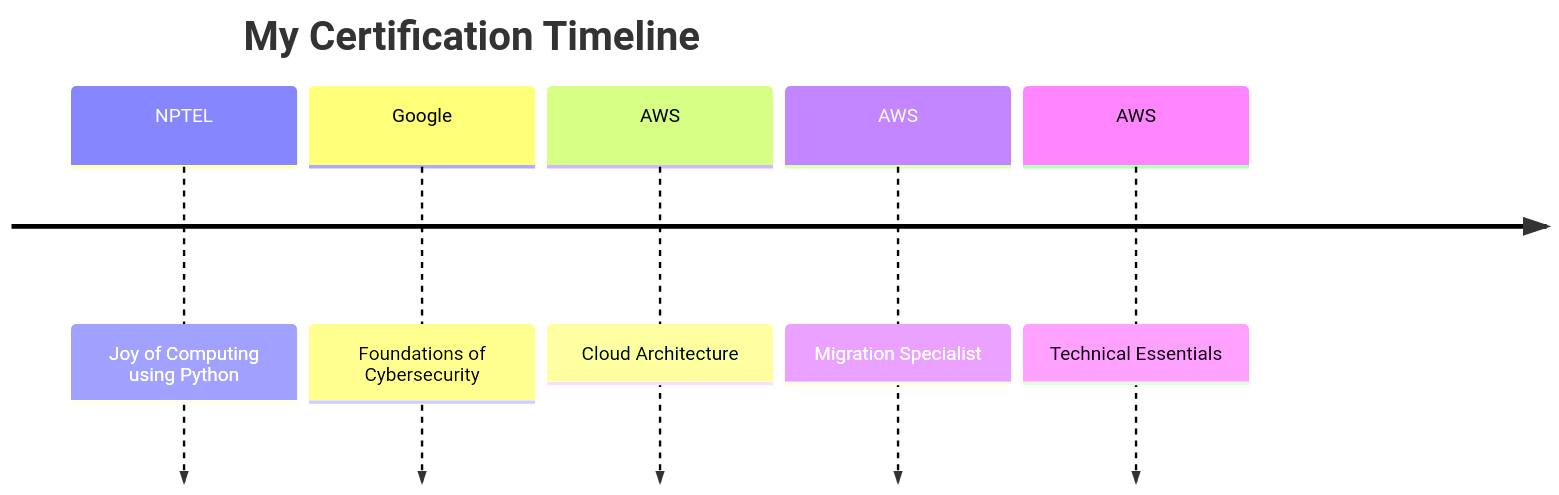
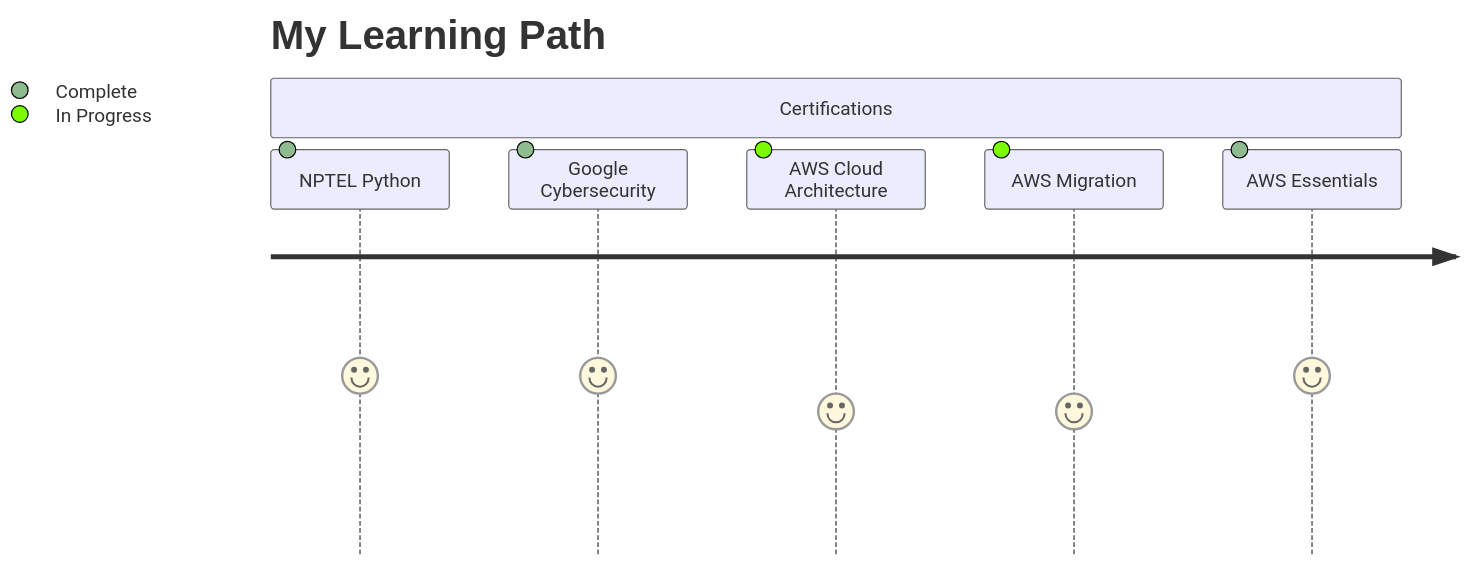
Before and after one commit to Mohanbalu/Mohanbalu: the third of 3 diagrams in README.md, drawn with Mermaid. The commit also changed other lines of this file, not shown here.

````diff
--- a/README.md
+++ b/README.md
@@ -92,9 +178,10 @@
 ```mermaid
-timeline
-    title My Certification Timeline
-    NPTEL : Joy of Computing using Python
-    Google : Foundations of Cybersecurity
-    AWS : Cloud Architecture
-    AWS : Migration Specialist
-    AWS : Technical Essentials
+journey
+  title My Learning Path
+  section Certifications
+    NPTEL Python: 5: Complete
+    Google Cybersecurity: 5: Complete
+    AWS Cloud Architecture: 4: In Progress
+    AWS Migration: 4: In Progress
+    AWS Essentials: 5: Complete
 ```
````
